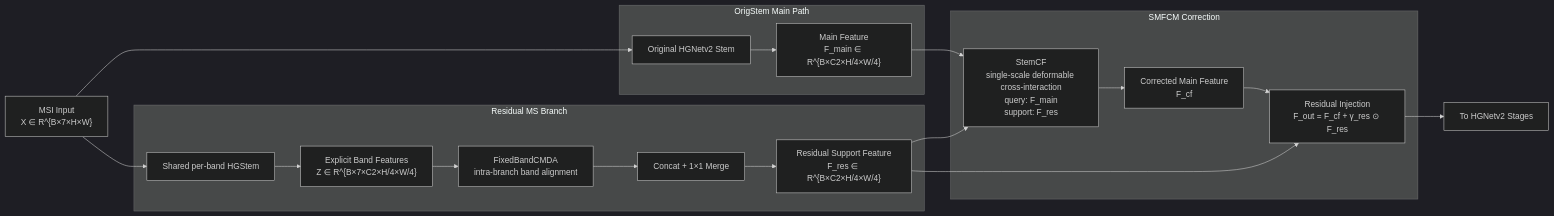
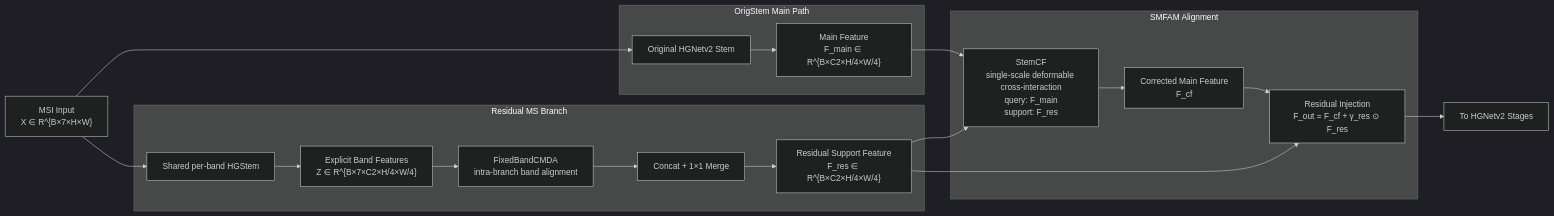
One commit to zhengchuchuan/smsf-detr changed the first of 4 diagrams in docs/论文-OrigStem残差MS分支与StemCF交互模块.md. Above: the diagram before and after it, drawn with Mermaid (dark theme). The commit also changed other lines of this file and 3 other files, not shown here.

````diff
--- a/docs/论文-OrigStem残差MS分支与StemCF交互模块.md
+++ b/docs/论文-OrigStem残差MS分支与StemCF交互模块.md
@@ -256,33 +252,33 @@
 ```mermaid
 flowchart LR
     X["MSI Input<br/>X ∈ R^{B×7×H×W}"]
 
     subgraph Main["OrigStem Main Path"]
         M0["Original HGNetv2 Stem"]
         M1["Main Feature<br/>F_main ∈ R^{B×C2×H/4×W/4}"]
         M0 --> M1
     end
 
     subgraph Residual["Residual MS Branch"]
         R0["Shared per-band HGStem"]
         R1["Explicit Band Features<br/>Z ∈ R^{B×7×C2×H/4×W/4}"]
         R2["FixedBandCMDA<br/>intra-branch band alignment"]
         R3["Concat + 1×1 Merge"]
         R4["Residual Support Feature<br/>F_res ∈ R^{B×C2×H/4×W/4}"]
         R0 --> R1 --> R2 --> R3 --> R4
     end
 
-    subgraph Correction["SMFCM Correction"]
+    subgraph Correction["SMFAM Alignment"]
         C0["StemCF<br/>single-scale deformable cross-interaction<br/>query: F_main<br/>support: F_res"]
         C1["Corrected Main Feature<br/>F_cf"]
         C2["Residual Injection<br/>F_out = F_cf + γ_res ⊙ F_res"]
         C0 --> C1 --> C2
     end
 
     X --> M0
     X --> R0
     M1 --> C0
     R4 --> C0
     R4 --> C2
     C2 --> Y["To HGNetv2 Stages"]
 ```
````
